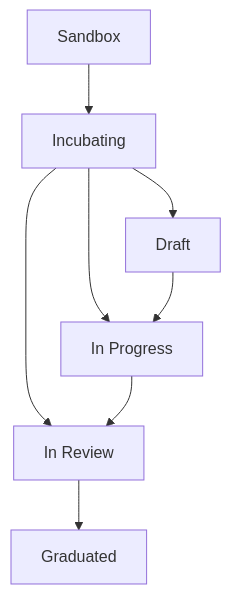
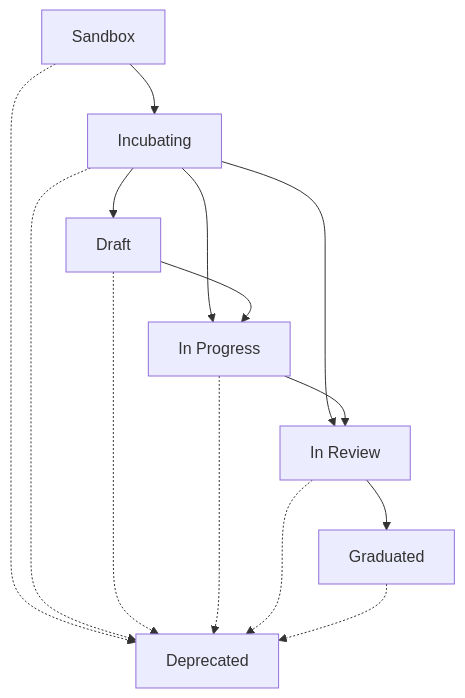
Before and after one commit to eclipse-tractusx/eclipse-tractusx.github.io: the first of 2 diagrams in documentation/kit-lifecycle.mdx, drawn with Mermaid. The commit also changed 10 other files, not shown here.

````diff
--- a/documentation/kit-lifecycle.mdx
+++ b/documentation/kit-lifecycle.mdx
@@ -178,11 +178,17 @@
 ```mermaid
 graph TD
     A[Sandbox] --> B[Incubating]
     B --> B1[Draft]
     B --> B2[In Progress] 
     B --> B3[In Review]
     B1 --> B2
     B2 --> B3
     B3 --> C[Graduated]
+    A -.-> D[Deprecated]
+    B -.-> D
+    B1 -.-> D
+    B2 -.-> D
+    B3 -.-> D
+    C -.-> D
 
 ```
````
